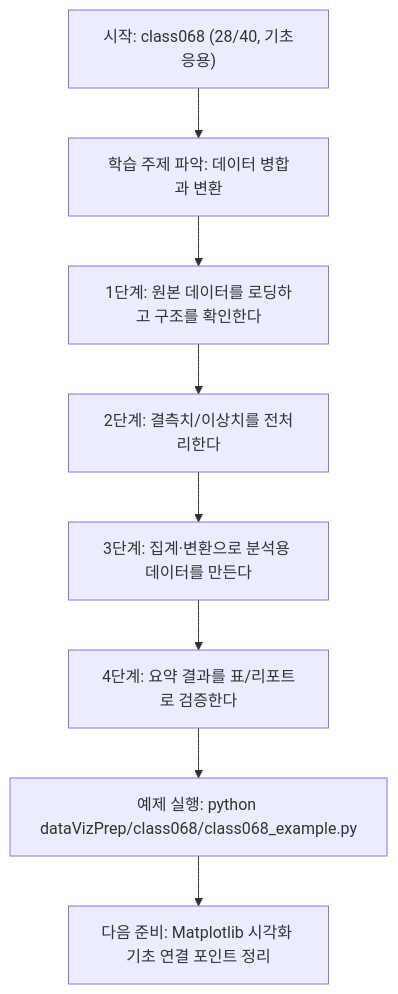
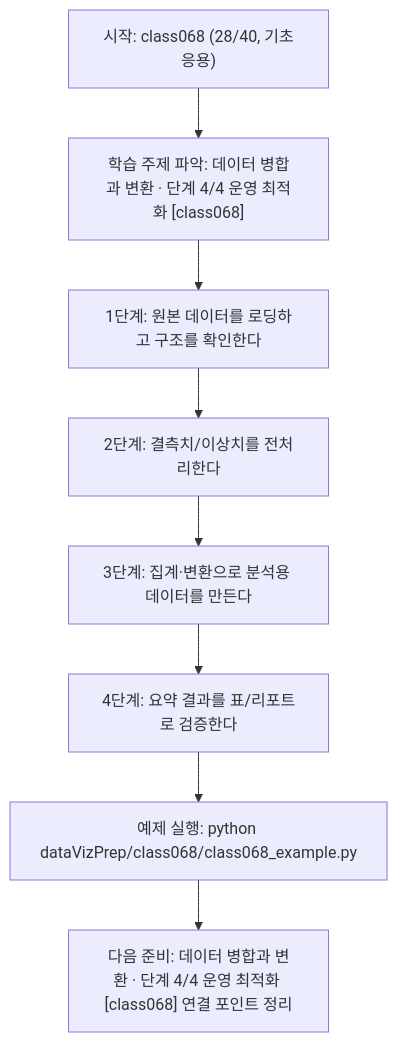
One commit to edumgt/Python-AI_Agent-Class changed the diagram in dataVizPrep/class068/class068.md. Above: the diagram before and after it, drawn with Mermaid. The commit also changed other lines of this file and 522 other files, not shown here.

````diff
--- a/dataVizPrep/class068/class068.md
+++ b/dataVizPrep/class068/class068.md
@@ -110,18 +111,18 @@
 ```mermaid
 flowchart TD
 N1["시작: class068 (28/40, 기초응용)"]
-N2["학습 주제 파악: 데이터 병합과 변환"]
+N2["학습 주제 파악: 데이터 병합과 변환 · 단계 4/4 운영 최적화 [class068]"]
 N3["1단계: 원본 데이터를 로딩하고 구조를 확인한다"]
 N4["2단계: 결측치/이상치를 전처리한다"]
 N5["3단계: 집계·변환으로 분석용 데이터를 만든다"]
 N6["4단계: 요약 결과를 표/리포트로 검증한다"]
 N7["예제 실행: python dataVizPrep/class068/class068_example.py"]
-N8["다음 준비: Matplotlib 시각화 기초 연결 포인트 정리"]
+N8["다음 준비: 데이터 병합과 변환 · 단계 4/4 운영 최적화 [class068] 연결 포인트 정리"]
 N1 --> N2
 N2 --> N3
 N3 --> N4
 N4 --> N5
 N5 --> N6
 N6 --> N7
 N7 --> N8
 ```
````
